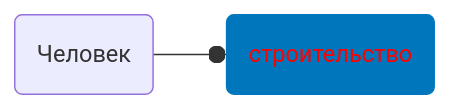
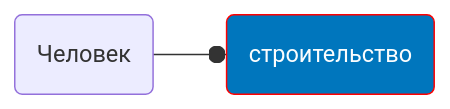
One commit to Kostrov2003/FirstSite changed the diagram in test.md. Above: the diagram before and after it, drawn with Mermaid.

````diff
--- a/test.md
+++ b/test.md
@@ -1,7 +1,7 @@
 ```mermaid 
 graph LR
-classDef class1 fill:#0076bd,stroke:#0076bd,color:#FF0000
+classDef class1 fill:#0076bd,stroke:#FF0000,color:#fbfdfe
 
 A(Человек <br>) --o B(строительство <br>):::class1
 click B "https://habr.com/ru/company/rostelecom/blog/570098/"
 ```
````
